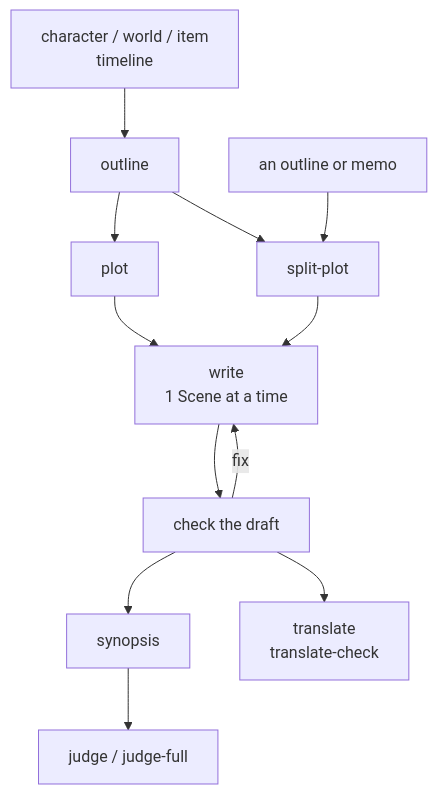
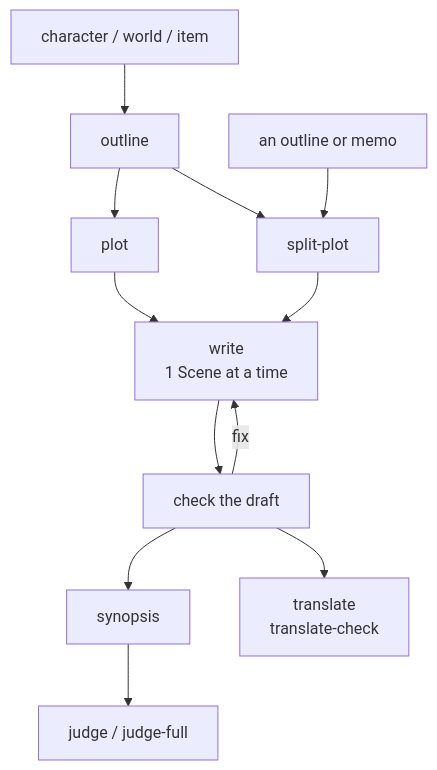
Before and after one commit to omni-stove/skill-kit: the diagram in domains/story/README.md, drawn with Mermaid. The commit also changed other lines of this file and 18 other files, not shown here.

````diff
--- a/domains/story/README.md
+++ b/domains/story/README.md
@@ -8,14 +8,14 @@
 ```mermaid
 flowchart TD
-  settings[character / world / item<br/>timeline] --> outline[outline]
+  settings[character / world / item] --> outline[outline]
   outline --> plot[plot]
   outline --> split
   memo[an outline or memo] --> split[split-plot]
   plot --> write
   split --> write[write<br/>1 Scene at a time]
   write --> checks[check the draft]
   checks -- "fix" --> write
   checks --> synopsis[synopsis]
   synopsis --> judge[judge / judge-full]
   checks --> translate[translate<br/>translate-check]
 ```
````
